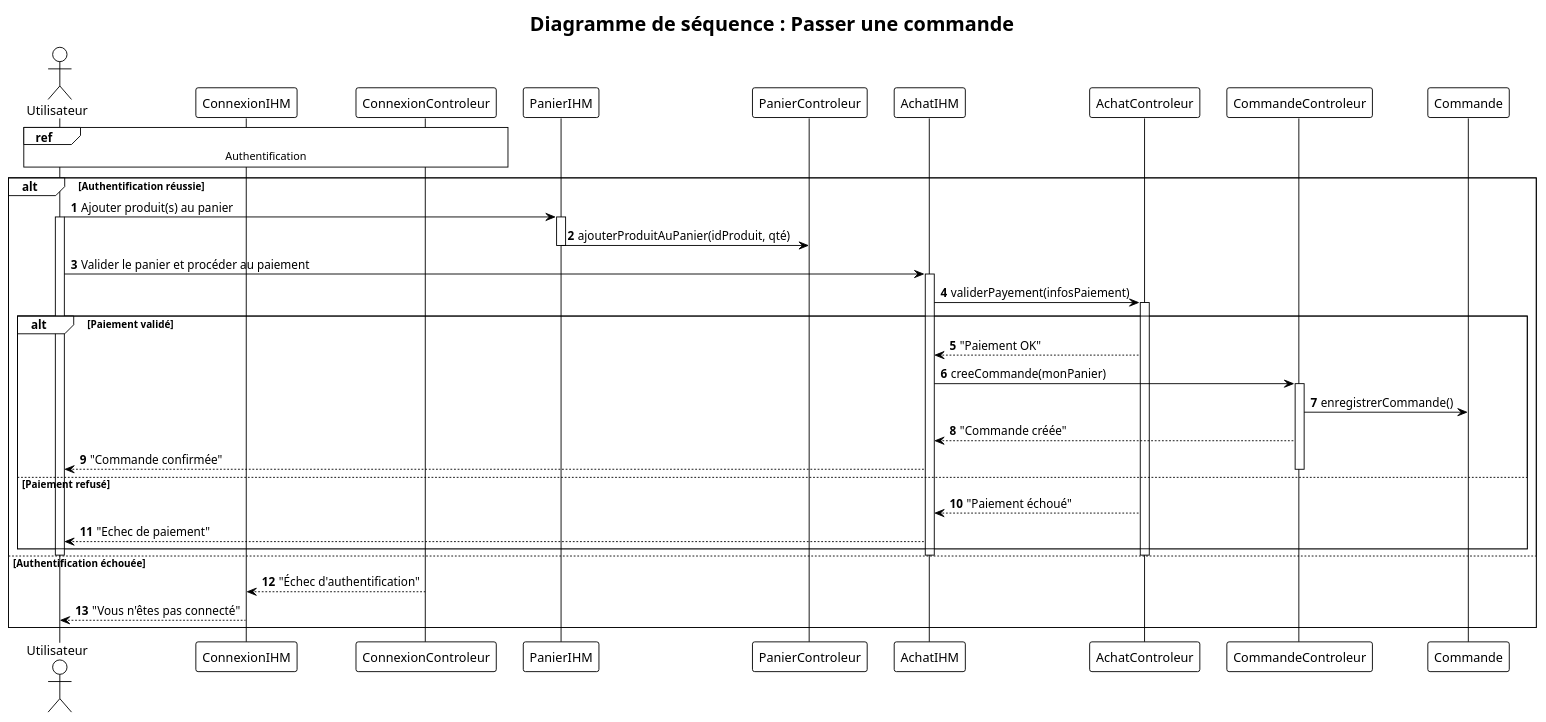
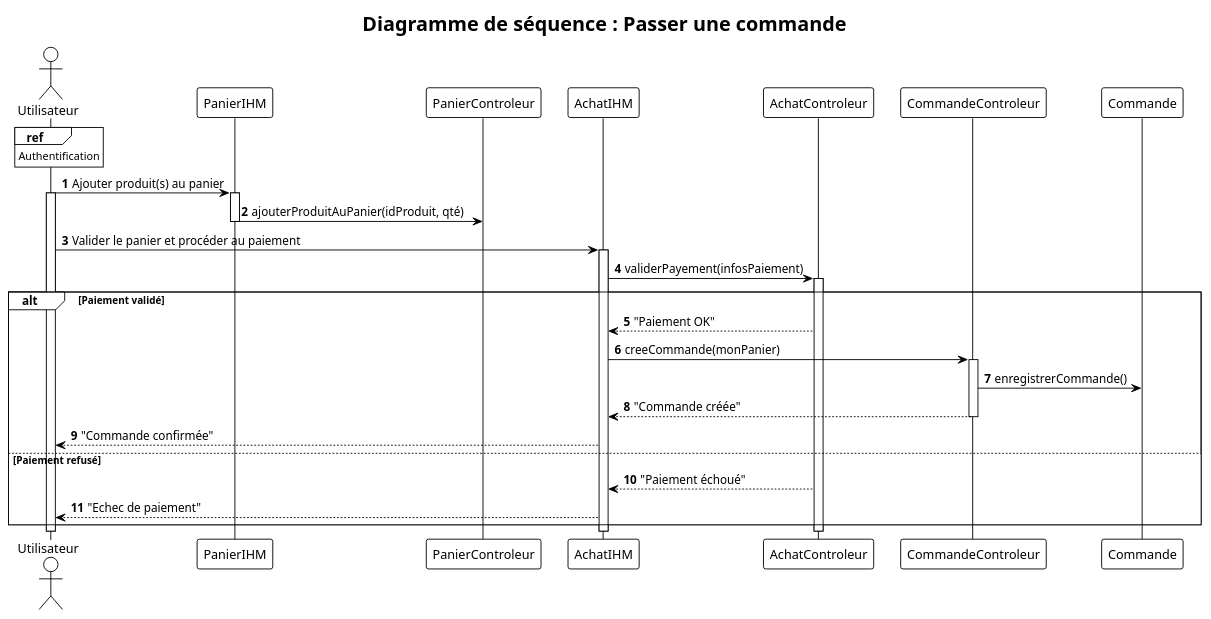
The diagram in SequenceV2/MakeOrderSequence.puml (MehediT/BoutiqueLigneAudiovisuels), drawn with PlantUML before and after one commit. The commit also changed 7 other files, not shown here.

```diff
--- a/SequenceV2/MakeOrderSequence.puml
+++ b/SequenceV2/MakeOrderSequence.puml
@@ -1,52 +1,47 @@
 @startuml
 !theme plain
 autonumber
 
 actor "Utilisateur" as U
-participant "ConnexionIHM" as ConnIHM
-participant "ConnexionControleur" as ConnCTRL
 participant "PanierIHM" as PIHM
 participant "PanierControleur" as PCTRL
 participant "AchatIHM" as AIHM
 participant "AchatControleur" as ACTRL
 participant "CommandeControleur" as CCMD
 participant "Commande" as CMD
 
 title Diagramme de séquence : Passer une commande
 
-ref over U, ConnIHM, ConnCTRL : Authentification
+ref over U : Authentification
 
-alt Authentification réussie
-    U -> PIHM : Ajouter produit(s) au panier
-    activate U
-    activate PIHM
-    PIHM -> PCTRL : ajouterProduitAuPanier(idProduit, qté)
-    deactivate PIHM
-    
-    U -> AIHM : Valider le panier et procéder au paiement
-    activate AIHM
-    AIHM -> ACTRL : validerPayement(infosPaiement)
-    activate ACTRL
 
-    alt Paiement validé
-        ACTRL --> AIHM : "Paiement OK"
-        AIHM -> CCMD : creeCommande(monPanier)
-        activate CCMD
-        CCMD -> CMD : enregistrerCommande()
-        deactivate CMD
-        CCMD --> AIHM : "Commande créée"
-        AIHM --> U : "Commande confirmée"
-        deactivate CCMD
-    else Paiement refusé
-        ACTRL --> AIHM : "Paiement échoué"
-        AIHM --> U : "Echec de paiement"
-    end
+U -> PIHM : Ajouter produit(s) au panier
+activate U
+activate PIHM
+PIHM -> PCTRL : ajouterProduitAuPanier(idProduit, qté)
+deactivate PIHM
 
-    deactivate ACTRL
-    deactivate AIHM
-    deactivate U
-else Authentification échouée
-    ConnCTRL --> ConnIHM : "Échec d'authentification"
-    ConnIHM --> U : "Vous n'êtes pas connecté"
+U -> AIHM : Valider le panier et procéder au paiement
+activate AIHM
+AIHM -> ACTRL : validerPayement(infosPaiement)
+activate ACTRL
+
+alt Paiement validé
+    ACTRL --> AIHM : "Paiement OK"
+    AIHM -> CCMD : creeCommande(monPanier)
+    activate CCMD
+    CCMD -> CMD : enregistrerCommande()
+    deactivate CMD
+    CCMD --> AIHM : "Commande créée"
+    deactivate CCMD
+
+    AIHM --> U : "Commande confirmée"
+else Paiement refusé
+    ACTRL --> AIHM : "Paiement échoué"
+    AIHM --> U : "Echec de paiement"
 end
+
+deactivate ACTRL
+deactivate AIHM
+deactivate U
 @enduml
```
